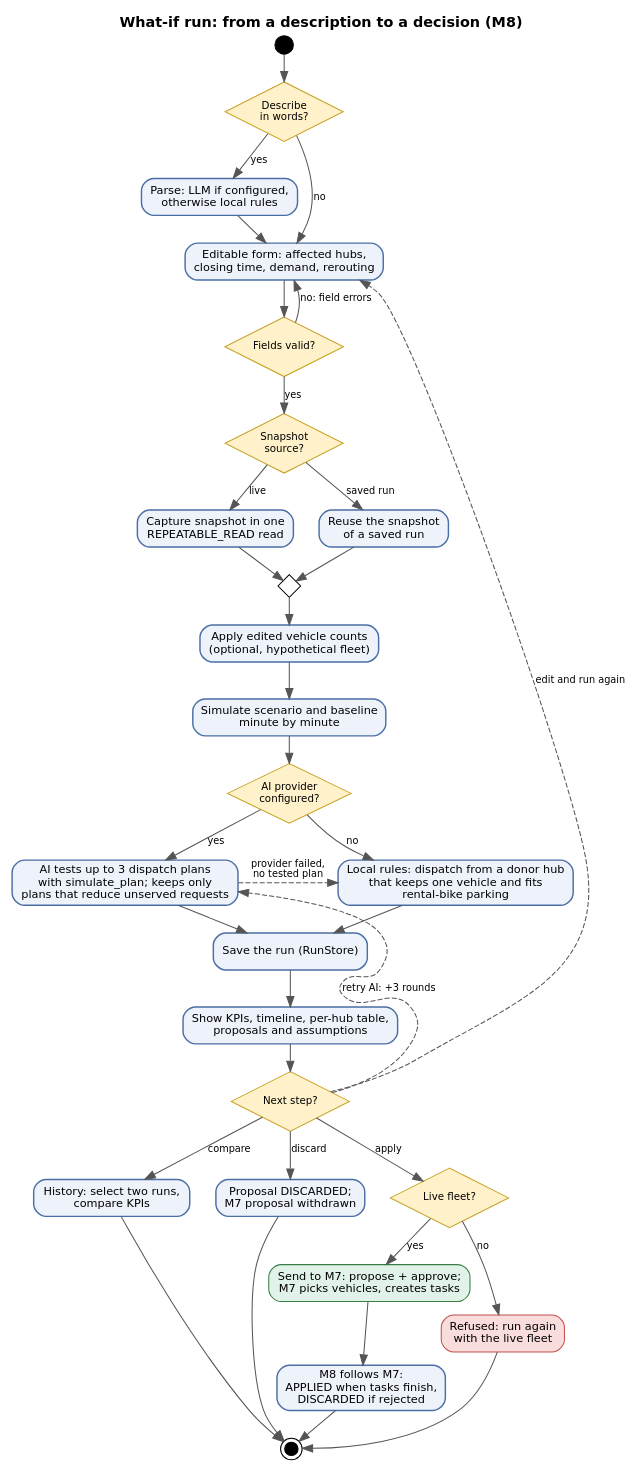
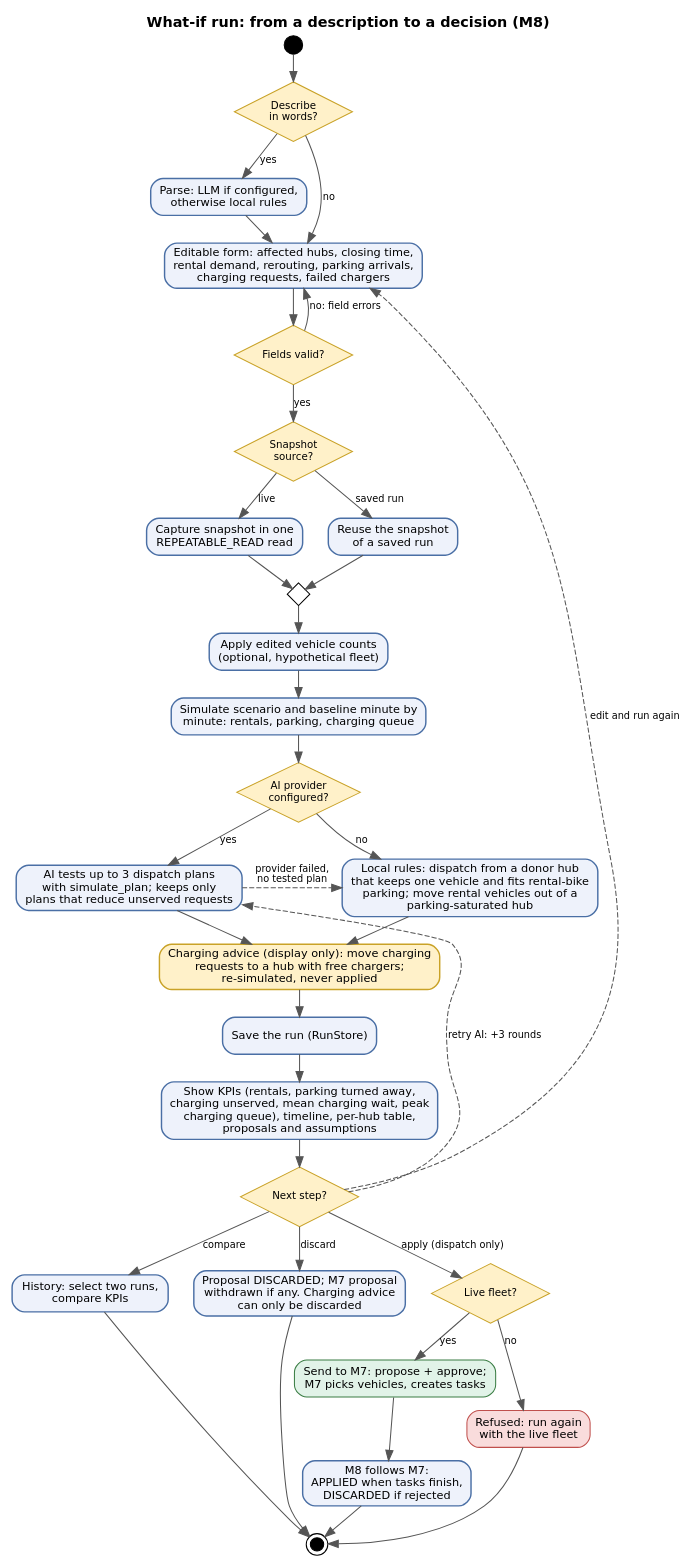
Before and after one commit to Jennie3306/smart-emobility-hub: the diagram in docs/tools_for_figures/graphviz_dot/m8/m8_activity.dot, drawn with Graphviz. The commit also changed 22 other files, not shown here.

First line of the commit message:
[DOCS][M8] Describe the parking and charging scenarios and refresh M8 figures

```diff
--- a/docs/tools_for_figures/graphviz_dot/m8/m8_activity.dot
+++ b/docs/tools_for_figures/graphviz_dot/m8/m8_activity.dot
@@ -1,37 +1,38 @@
 digraph G { graph [rankdir=TB, fontname="DejaVu Sans", nodesep=0.35, ranksep=0.35, label=<<b>What-if run: from a description to a decision (M8)</b>>, labelloc=t, fontsize=14]; node [fontname="DejaVu Sans", fontsize=11]; edge [fontname="DejaVu Sans", fontsize=9.5, color="#555555"];
 s [shape=circle, style=filled, fillcolor=black, label="", width=0.25];
 
 d1 [label="Describe\nin words?", shape=diamond, style=filled, fillcolor="#fff1c9", color="#c9a227", fontsize=10, width=1.6, height=0.8];
 p [label="Parse: LLM if configured,\notherwise local rules", shape=box, style="rounded,filled", fillcolor="#eef2fb", color="#4a6fa5", penwidth=1.4];
-f [label="Editable form: affected hubs,\nclosing time, demand, rerouting", shape=box, style="rounded,filled", fillcolor="#eef2fb", color="#4a6fa5", penwidth=1.4];
+f [label="Editable form: affected hubs, closing time,\nrental demand, rerouting, parking arrivals,\ncharging requests, failed chargers", shape=box, style="rounded,filled", fillcolor="#eef2fb", color="#4a6fa5", penwidth=1.4];
 d2 [label="Fields valid?", shape=diamond, style=filled, fillcolor="#fff1c9", color="#c9a227", fontsize=10, width=1.6, height=0.8];
 d3 [label="Snapshot\nsource?", shape=diamond, style=filled, fillcolor="#fff1c9", color="#c9a227", fontsize=10, width=1.6, height=0.8];
 c [label="Capture snapshot in one\nREPEATABLE_READ read", shape=box, style="rounded,filled", fillcolor="#eef2fb", color="#4a6fa5", penwidth=1.4];
 r [label="Reuse the snapshot\nof a saved run", shape=box, style="rounded,filled", fillcolor="#eef2fb", color="#4a6fa5", penwidth=1.4];
 m [shape=diamond, label="", width=0.3, height=0.3, style=filled, fillcolor="#ffffff"];
 fl [label="Apply edited vehicle counts\n(optional, hypothetical fleet)", shape=box, style="rounded,filled", fillcolor="#eef2fb", color="#4a6fa5", penwidth=1.4];
-sim [label="Simulate scenario and baseline\nminute by minute", shape=box, style="rounded,filled", fillcolor="#eef2fb", color="#4a6fa5", penwidth=1.4];
+sim [label="Simulate scenario and baseline minute by\nminute: rentals, parking, charging queue", shape=box, style="rounded,filled", fillcolor="#eef2fb", color="#4a6fa5", penwidth=1.4];
 d5 [label="AI provider\nconfigured?", shape=diamond, style=filled, fillcolor="#fff1c9", color="#c9a227", fontsize=10, width=1.6, height=0.8];
 ai [label="AI tests up to 3 dispatch plans\nwith simulate_plan; keeps only\nplans that reduce unserved requests", shape=box, style="rounded,filled", fillcolor="#eef2fb", color="#4a6fa5", penwidth=1.4];
-pr [label="Local rules: dispatch from a donor hub\nthat keeps one vehicle and fits\nrental-bike parking", shape=box, style="rounded,filled", fillcolor="#eef2fb", color="#4a6fa5", penwidth=1.4];
+pr [label="Local rules: dispatch from a donor hub\nthat keeps one vehicle and fits rental-bike\nparking; move rental vehicles out of a\nparking-saturated hub", shape=box, style="rounded,filled", fillcolor="#eef2fb", color="#4a6fa5", penwidth=1.4];
+ca [label="Charging advice (display only): move charging\nrequests to a hub with free chargers;\nre-simulated, never applied", shape=box, style="rounded,filled", fillcolor="#fff1c9", color="#c9a227", penwidth=1.4];
 sv [label="Save the run (RunStore)", shape=box, style="rounded,filled", fillcolor="#eef2fb", color="#4a6fa5", penwidth=1.4];
-sh [label="Show KPIs, timeline, per-hub table,\nproposals and assumptions", shape=box, style="rounded,filled", fillcolor="#eef2fb", color="#4a6fa5", penwidth=1.4];
+sh [label="Show KPIs (rentals, parking turned away,\ncharging unserved, mean charging wait, peak\ncharging queue), timeline, per-hub table,\nproposals and assumptions", shape=box, style="rounded,filled", fillcolor="#eef2fb", color="#4a6fa5", penwidth=1.4];
 d4 [label="Next step?", shape=diamond, style=filled, fillcolor="#fff1c9", color="#c9a227", fontsize=10, width=1.6, height=0.8];
 cmp [label="History: select two runs,\ncompare KPIs", shape=box, style="rounded,filled", fillcolor="#eef2fb", color="#4a6fa5", penwidth=1.4];
-dis [label="Proposal DISCARDED;\nM7 proposal withdrawn", shape=box, style="rounded,filled", fillcolor="#eef2fb", color="#4a6fa5", penwidth=1.4];
+dis [label="Proposal DISCARDED; M7 proposal\nwithdrawn if any. Charging advice\ncan only be discarded", shape=box, style="rounded,filled", fillcolor="#eef2fb", color="#4a6fa5", penwidth=1.4];
 d6 [label="Live fleet?", shape=diamond, style=filled, fillcolor="#fff1c9", color="#c9a227", fontsize=10, width=1.6, height=0.8];
 ap [label="Send to M7: propose + approve;\nM7 picks vehicles, creates tasks", shape=box, style="rounded,filled", fillcolor="#e1f3e8", color="#3a7d44"];
 no [label="Refused: run again\nwith the live fleet", shape=box, style="rounded,filled", fillcolor="#f9dcdc", color="#c0504d"];
 fw [label="M8 follows M7:\nAPPLIED when tasks finish,\nDISCARDED if rejected", shape=box, style="rounded,filled", fillcolor="#eef2fb", color="#4a6fa5", penwidth=1.4];
 e [shape=doublecircle, style=filled, fillcolor=black, label="", width=0.18];
 s -> d1; d1 -> p [label="yes"]; d1 -> f [label="no"]; p -> f; f -> d2; d2 -> f [label="no: field errors", constraint=false];
 d2 -> d3 [label="yes"]; d3 -> c [label="live"]; d3 -> r [label="saved run"]; c -> m; r -> m; m -> fl -> sim -> d5;
 d5 -> ai [label="yes"]; d5 -> pr [label="no"]; ai -> pr [label="provider failed,\nno tested plan", style=dashed];
-ai -> sv; pr -> sv; sv -> sh -> d4;
+ai -> ca; pr -> ca; ca -> sv; sv -> sh -> d4;
 d4 -> f [label="edit and run again", constraint=false, style=dashed];
 d4 -> ai [label="retry AI: +3 rounds", constraint=false, style=dashed];
-d4 -> cmp [label="compare"]; d4 -> dis [label="discard"]; d4 -> d6 [label="apply"];
+d4 -> cmp [label="compare"]; d4 -> dis [label="discard"]; d4 -> d6 [label="apply (dispatch only)"];
 d6 -> ap [label="yes"]; d6 -> no [label="no"]; ap -> fw;
 cmp -> e; dis -> e; fw -> e; no -> e;
 {rank=same; c; r} {rank=same; ai; pr} {rank=same; cmp; dis; d6}
 }
```
